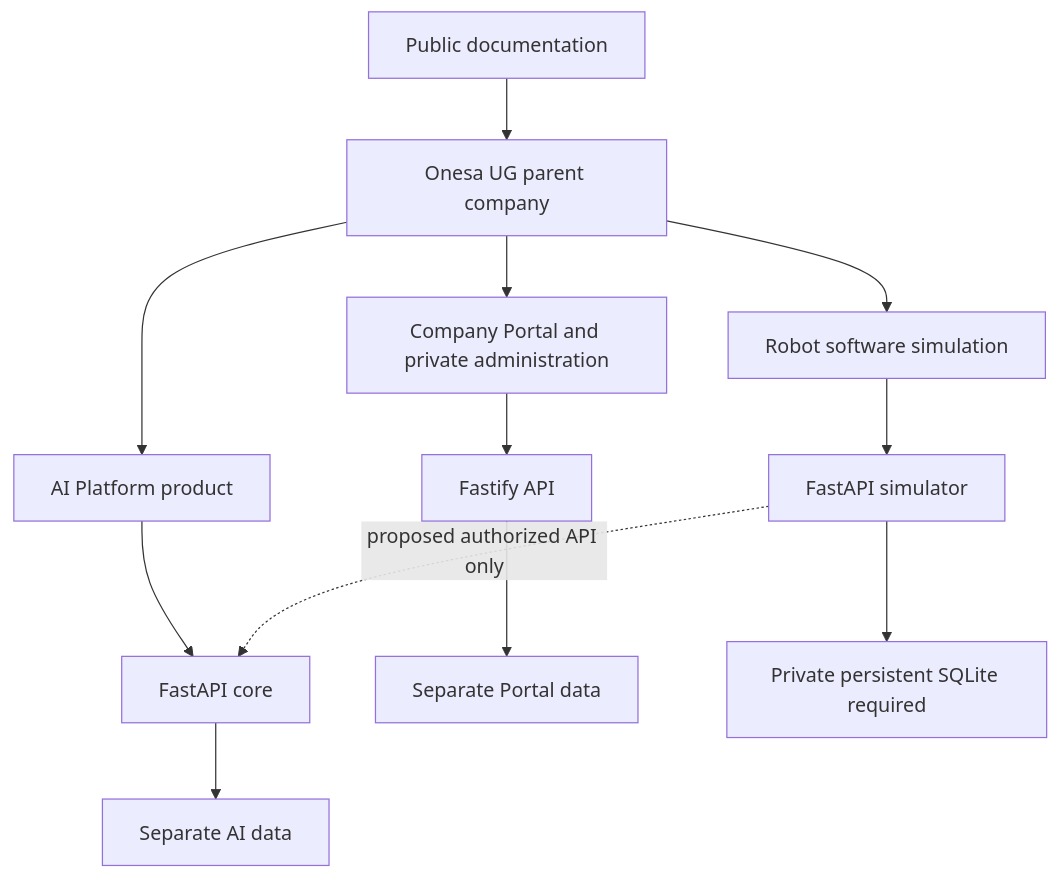
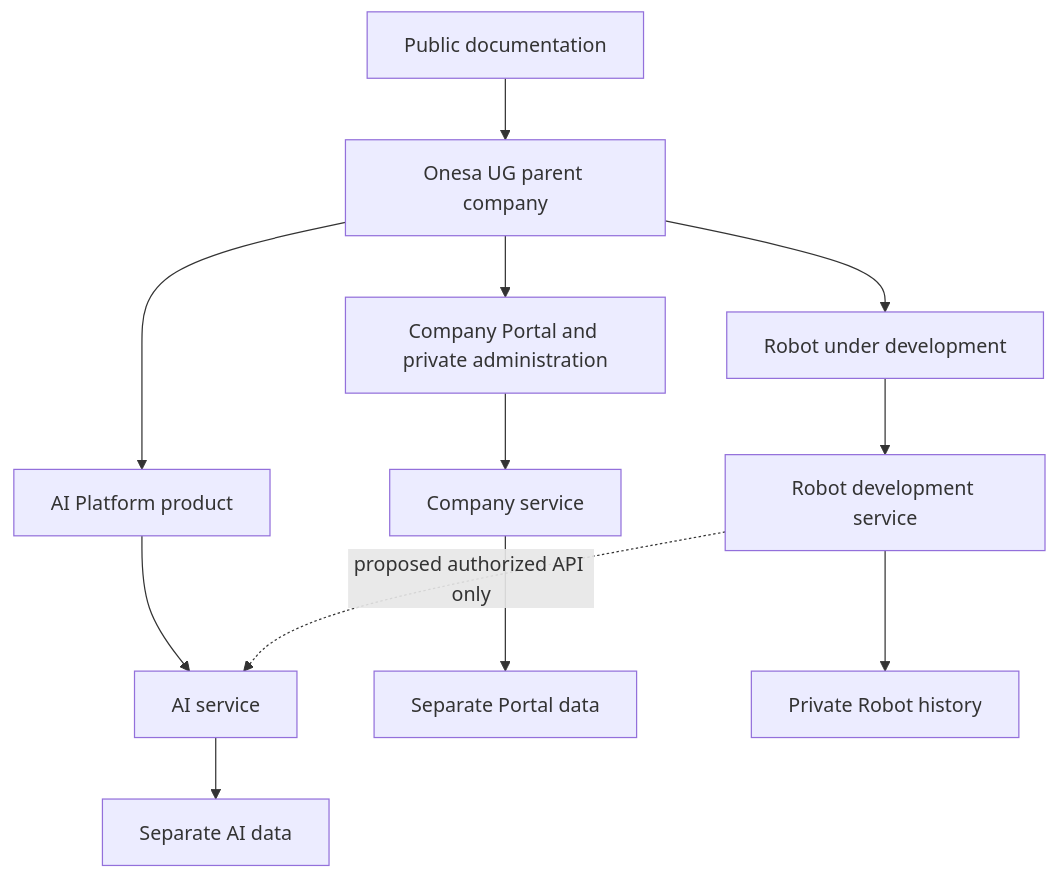
Before and after one commit to DruHustle/onesa-ai-platform: the diagram in docs/diagrams/public-ecosystem.mmd, drawn with Mermaid. The commit also changed 12 other files, not shown here.

```diff
--- a/docs/diagrams/public-ecosystem.mmd
+++ b/docs/diagrams/public-ecosystem.mmd
@@ -1,12 +1,12 @@
 flowchart TB
 Company[Onesa UG parent company] --> Portal[Company Portal and private administration]
 Company --> AI[AI Platform product]
-Company --> Robot[Robot software simulation]
-Portal --> PAPI[Fastify API]
-AI --> AAPI[FastAPI core]
-Robot --> RAPI[FastAPI simulator]
+Company --> Robot[Robot under development]
+Portal --> PAPI[Company service]
+AI --> AAPI[AI service]
+Robot --> RAPI[Robot development service]
 PAPI --> PDATA[Separate Portal data]
 AAPI --> ADATA[Separate AI data]
-RAPI --> RDATA[Private persistent SQLite required]
+RAPI --> RDATA[Private Robot history]
 RAPI -. proposed authorized API only .-> AAPI
 Docs[Public documentation] --> Company
```
